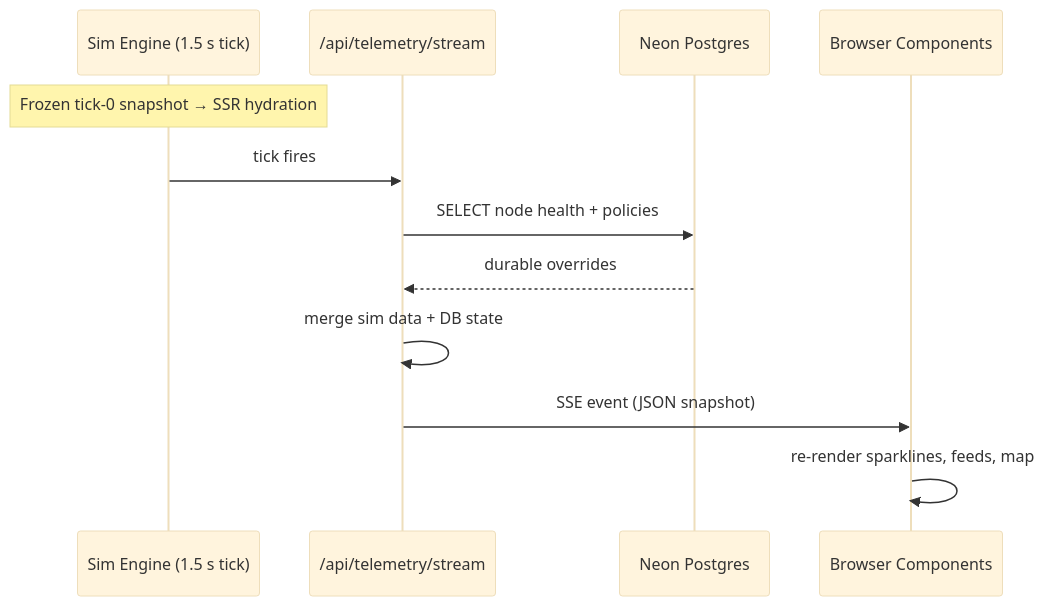
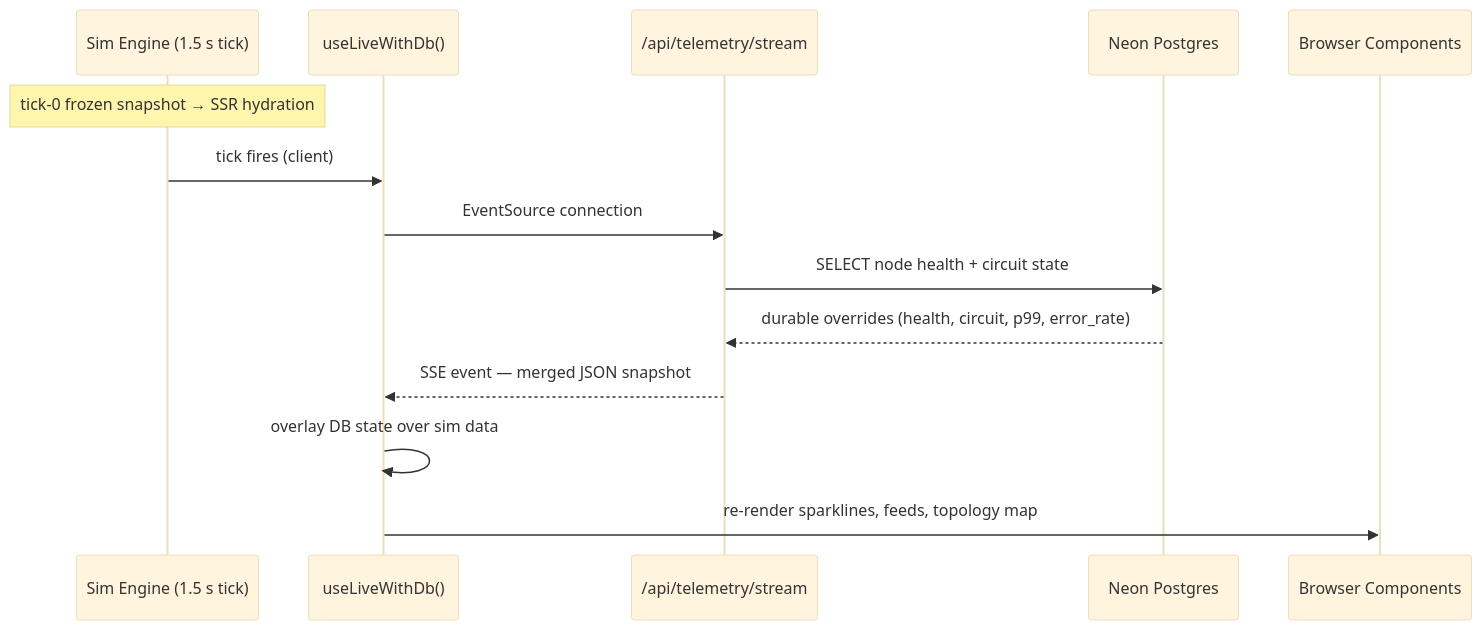
The second of 2 diagrams in README.md (BugHunterX2101/SentinalGateway), drawn with Mermaid (base theme) before and after one commit. The commit also changed other lines of this file, not shown here.

Commit message:
feat: update tech stack and add Drizzle ORM, Better Auth, and SSE integration

````diff
--- a/README.md
+++ b/README.md
@@ -157,15 +169,17 @@
 ```mermaid
 sequenceDiagram
     participant Sim as Sim Engine (1.5 s tick)
+    participant Hook as useLiveWithDb()
     participant SSE as /api/telemetry/stream
     participant DB as Neon Postgres
     participant UI as Browser Components
 
-    Note over Sim: Frozen tick-0 snapshot → SSR hydration
-    Sim->>SSE: tick fires
-    SSE->>DB: SELECT node health + policies
-    DB-->>SSE: durable overrides
-    SSE->>SSE: merge sim data + DB state
-    SSE->>UI: SSE event (JSON snapshot)
-    UI->>UI: re-render sparklines, feeds, map
+    Note over Sim: tick-0 frozen snapshot → SSR hydration
+    Sim->>Hook: tick fires (client)
+    Hook->>SSE: EventSource connection
+    SSE->>DB: SELECT node health + circuit state
+    DB-->>SSE: durable overrides (health, circuit, p99, error_rate)
+    SSE-->>Hook: SSE event — merged JSON snapshot
+    Hook->>Hook: overlay DB state over sim data
+    Hook->>UI: re-render sparklines, feeds, topology map
 ```
````
